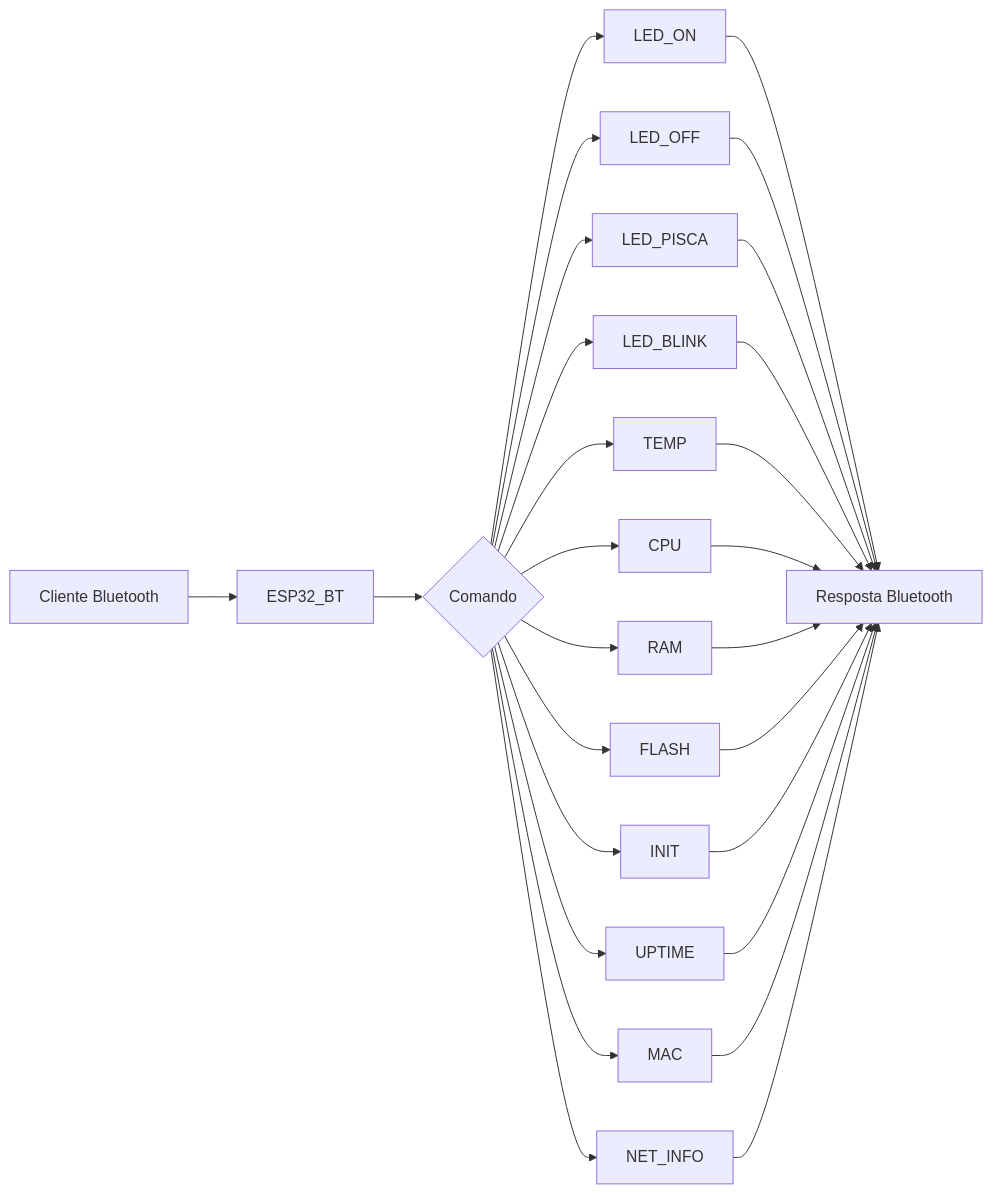
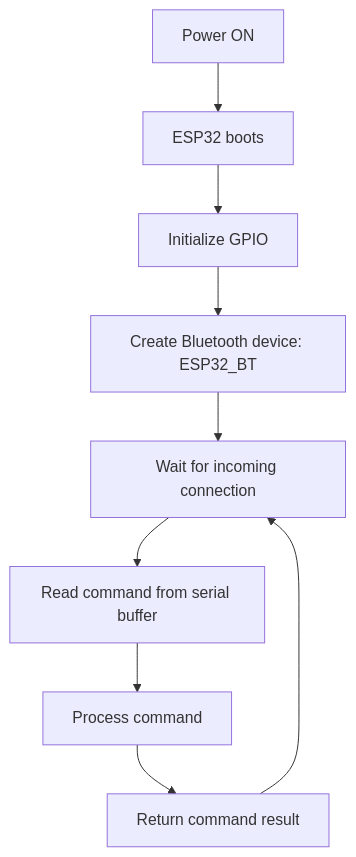
Before and after one commit to paulocfmarques-collab/esp32_bluetooth: the fifth of 5 diagrams in README.md, drawn with Mermaid. The commit also changed other lines of this file, not shown here.

Commit message:
Refine the project README with a professional structure, diagrams, wiring schematic, architecture flow, and complete command documentation for the ESP32 Bluetooth project.

````diff
--- a/README.md
+++ b/README.md
@@ -390,34 +285,11 @@
 ```mermaid
-flowchart LR
-
-A[Cliente Bluetooth]
---> B[ESP32_BT]
-
-B --> C{Comando}
-
-C --> D[LED_ON]
-C --> E[LED_OFF]
-C --> F[LED_PISCA]
-C --> G[LED_BLINK]
-C --> H[TEMP]
-C --> I[CPU]
-C --> J[RAM]
-C --> K[FLASH]
-C --> L[INIT]
-C --> M[UPTIME]
-C --> N[MAC]
-C --> O[NET_INFO]
-
-D --> P[Resposta Bluetooth]
-E --> P
-F --> P
-G --> P
-H --> P
-I --> P
-J --> P
-K --> P
-L --> P
-M --> P
-N --> P
-O --> P
+flowchart TD
+    A[Power ON] --> B[ESP32 boots]
+    B --> C[Initialize GPIO]
+    C --> D[Create Bluetooth device: ESP32_BT]
+    D --> E[Wait for incoming connection]
+    E --> F[Read command from serial buffer]
+    F --> G[Process command]
+    G --> H[Return command result]
+    H --> E
 ```
````
